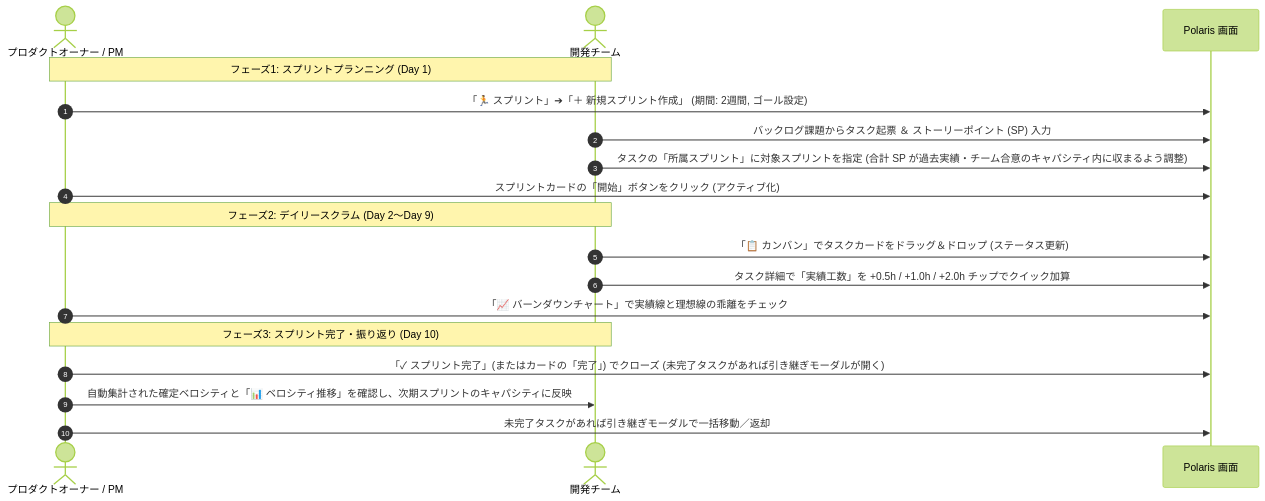
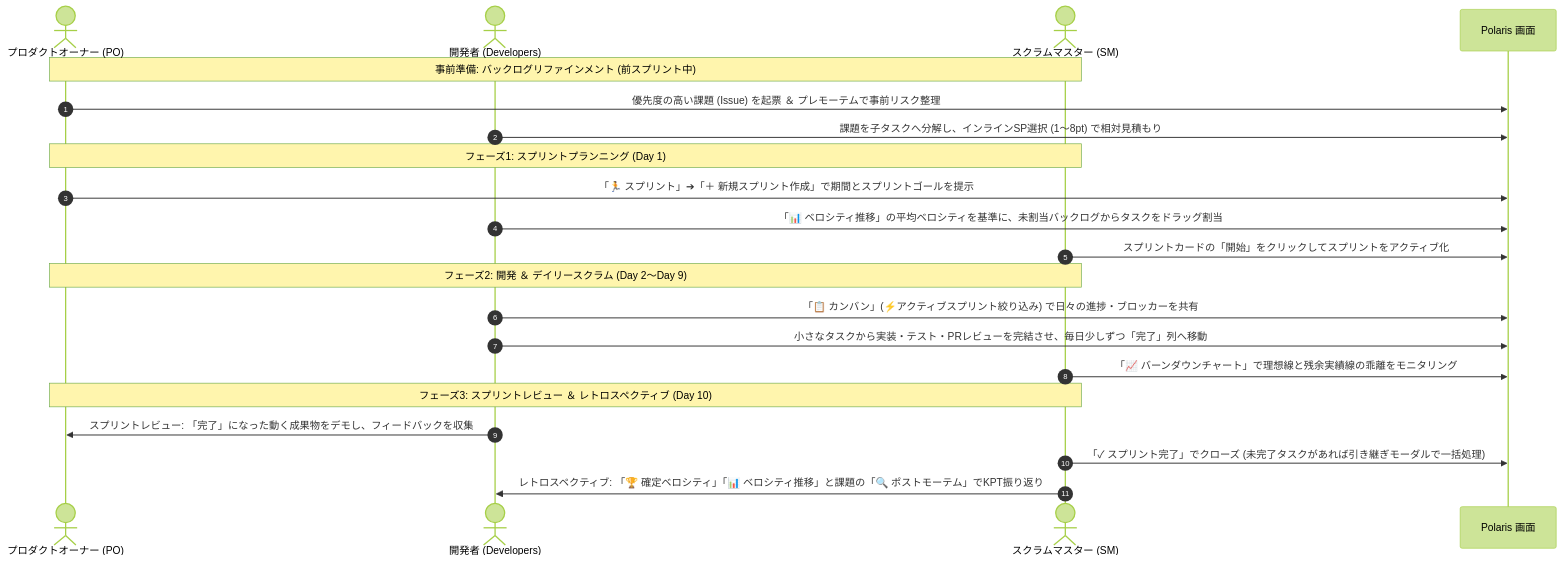
One commit to takayoshi-u/polaris changed the second of 2 diagrams in docs/scrum_starter_guide.md. Above: the diagram before and after it, drawn with Mermaid (forest theme). The commit also changed other lines of this file, not shown here.

````diff
--- a/docs/scrum_starter_guide.md
+++ b/docs/scrum_starter_guide.md
@@ -95,23 +120,27 @@
 ```mermaid
 sequenceDiagram
     autonumber
-    actor PM as プロダクトオーナー / PM
-    actor Dev as 開発チーム
+    actor PO as プロダクトオーナー (PO)
+    actor Dev as 開発者 (Developers)
+    actor SM as スクラムマスター (SM)
     participant UI as Polaris 画面
 
-    Note over PM, Dev: フェーズ1: スプリントプランニング (Day 1)
-    PM->>UI: 「🏃 スプリント」➔「＋ 新規スプリント作成」 (期間: 2週間, ゴール設定)
-    Dev->>UI: バックログ課題からタスク起票 ＆ ストーリーポイント (SP) 入力
-    Dev->>UI: タスクの「所属スプリント」に対象スプリントを指定 (合計 SP が過去実績・チーム合意のキャパシティ内に収まるよう調整)
-    PM->>UI: スプリントカードの「開始」ボタンをクリック (アクティブ化)
+    Note over PO, SM: 事前準備: バックログリファインメント (前スプリント中)
+    PO->>UI: 優先度の高い課題 (Issue) を起票 ＆ プレモーテムで事前リスク整理
+    Dev->>UI: 課題を子タスクへ分解し、インラインSP選択 (1〜8pt) で相対見積もり
 
-    Note over PM, Dev: フェーズ2: デイリースクラム (Day 2〜Day 9)
-    Dev->>UI: 「📋 カンバン」でタスクカードをドラッグ＆ドロップ (ステータス更新)
-    Dev->>UI: タスク詳細で「実績工数」を +0.5h / +1.0h / +2.0h チップでクイック加算
-    PM->>UI: 「📈 バーンダウンチャート」で実績線と理想線の乖離をチェック
+    Note over PO, SM: フェーズ1: スプリントプランニング (Day 1)
+    PO->>UI: 「🏃 スプリント」➔「＋ 新規スプリント作成」で期間とスプリントゴールを提示
+    Dev->>UI: 「📊 ベロシティ推移」の平均ベロシティを基準に、未割当バックログからタスクをドラッグ割当
+    SM->>UI: スプリントカードの「開始」をクリックしてスプリントをアクティブ化
 
-    Note over PM, Dev: フェーズ3: スプリント完了・振り返り (Day 10)
-    PM->>UI: 「✓ スプリント完了」(またはカードの「完了」) でクローズ (未完了タスクがあれば引き継ぎモーダルが開く)
-    PM->>Dev: 自動集計された確定ベロシティと「📊 ベロシティ推移」を確認し、次期スプリントのキャパシティに反映
-    PM->>UI: 未完了タスクがあれば引き継ぎモーダルで一括移動／返却
+    Note over PO, SM: フェーズ2: 開発 ＆ デイリースクラム (Day 2〜Day 9)
+    Dev->>UI: 「📋 カンバン」(⚡アクティブスプリント絞り込み) で日々の進捗・ブロッカーを共有
+    Dev->>UI: 小さなタスクから実装・テスト・PRレビューを完結させ、毎日少しずつ「完了」列へ移動
+    SM->>UI: 「📈 バーンダウンチャート」で理想線と残余実績線の乖離をモニタリング
+
+    Note over PO, SM: フェーズ3: スプリントレビュー ＆ レトロスペクティブ (Day 10)
+    Dev->>PO: スプリントレビュー: 「完了」になった動く成果物をデモし、フィードバックを収集
+    SM->>UI: 「✓ スプリント完了」でクローズ (未完了タスクがあれば引き継ぎモーダルで一括処理)
+    SM->>Dev: レトロスペクティブ: 「🏆 確定ベロシティ」「📊 ベロシティ推移」と課題の「🔍 ポストモーテム」でKPT振り返り
 ```
````
